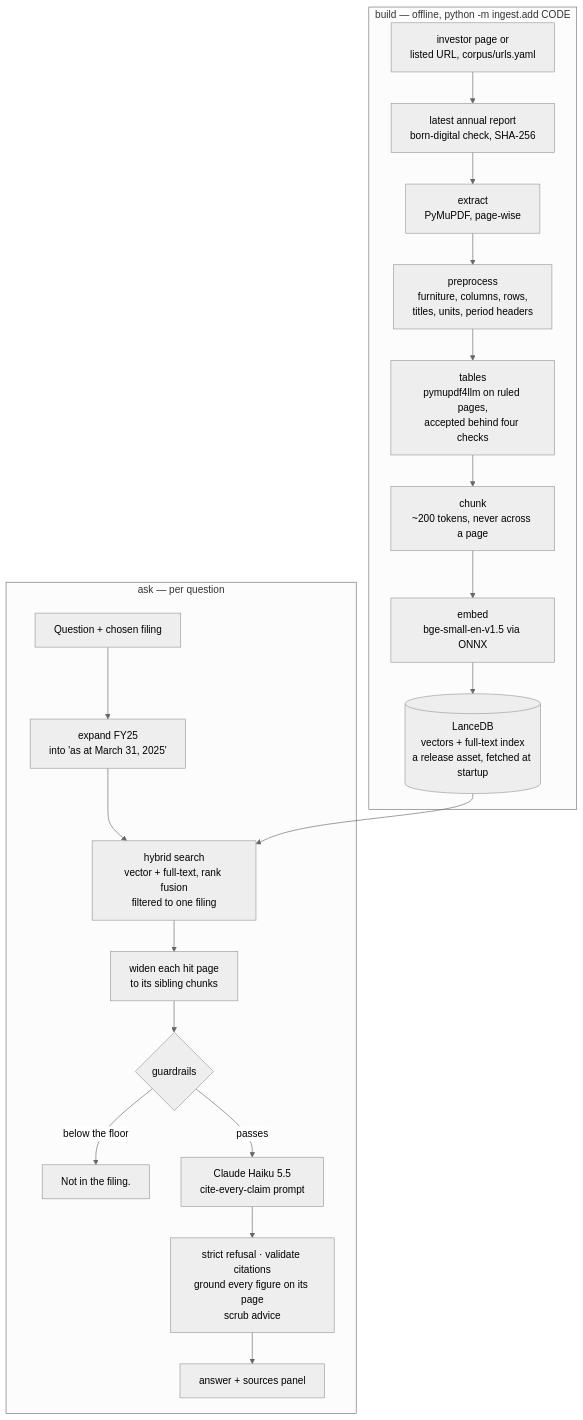
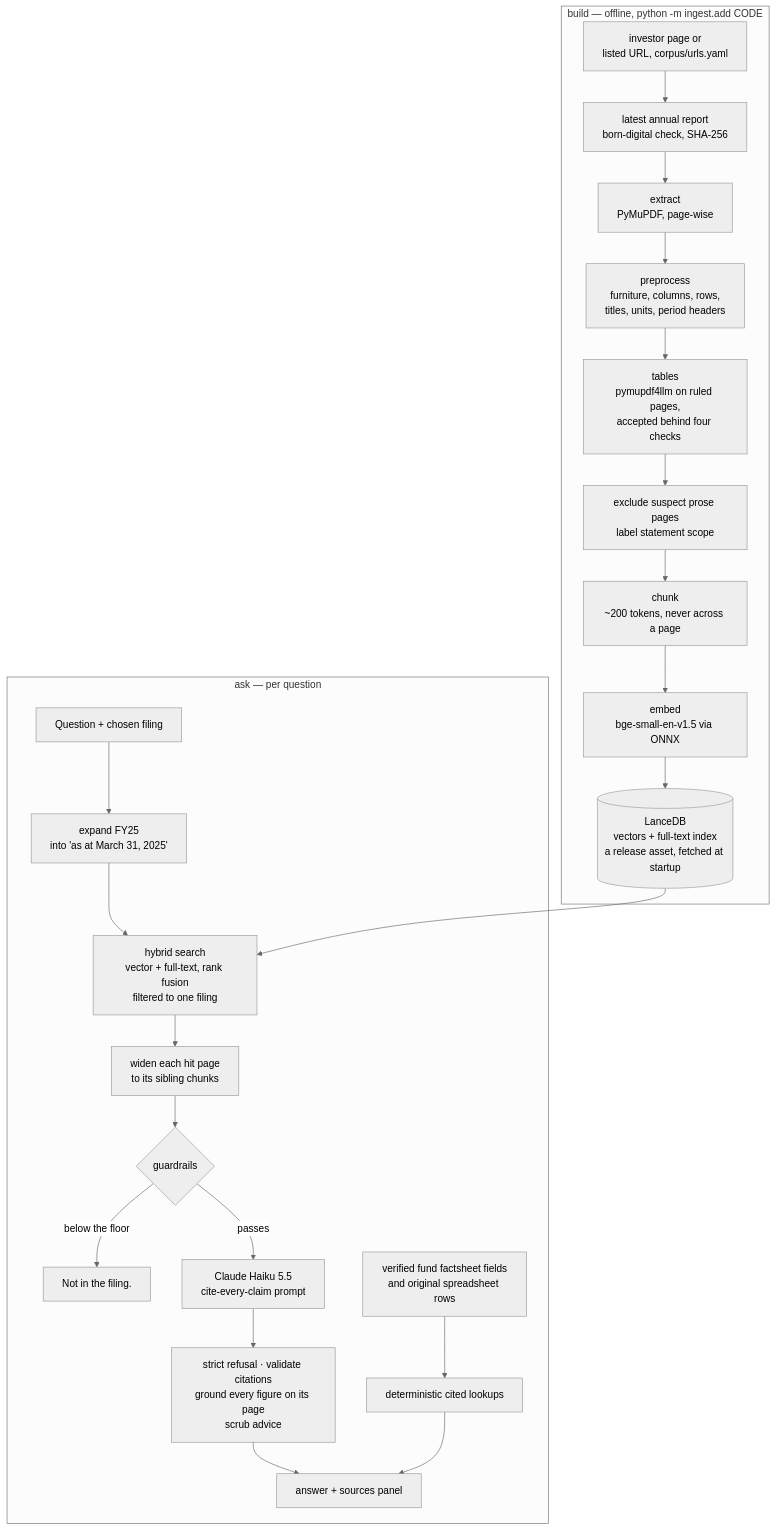
The diagram in README.md (shivank2703/folio), drawn with Mermaid (neutral theme) before and after one commit. The commit also changed other lines of this file and 45 other files, not shown here.

Commit message:
Add cited fund disclosures and top-ten annual-report drill-down

````diff
--- a/README.md
+++ b/README.md
@@ -33,23 +39,26 @@
 ```mermaid
 flowchart TB
     subgraph build["build — offline, python -m ingest.add CODE"]
         SRC[investor page or<br/>listed URL, corpus/urls.yaml] --> PDF[latest annual report<br/>born-digital check, SHA-256]
         PDF --> EX[extract<br/>PyMuPDF, page-wise]
         EX --> PRE[preprocess<br/>furniture, columns, rows,<br/>titles, units, period headers]
         PRE --> TB[tables<br/>pymupdf4llm on ruled pages,<br/>accepted behind four checks]
-        TB --> CH[chunk<br/>~200 tokens, never across a page]
+        TB --> QA[exclude suspect prose pages<br/>label statement scope]
+        QA --> CH[chunk<br/>~200 tokens, never across a page]
         CH --> EM[embed<br/>bge-small-en-v1.5 via ONNX]
         EM --> DB[(LanceDB<br/>vectors + full-text index<br/>a release asset, fetched at startup)]
     end
     subgraph ask["ask — per question"]
         Q[Question + chosen filing] --> FY[expand FY25<br/>into 'as at March 31, 2025']
         FY --> HY[hybrid search<br/>vector + full-text, rank fusion<br/>filtered to one filing]
         DB --> HY
         HY --> PX[widen each hit page<br/>to its sibling chunks]
         PX --> G{guardrails}
         G -->|below the floor| R[Not in the filing.]
         G -->|passes| GEN[Claude Haiku 5.5<br/>cite-every-claim prompt]
         GEN --> V[strict refusal · validate citations<br/>ground every figure on its page<br/>scrub advice]
         V --> UI[answer + sources panel]
+        FS[verified fund factsheet fields<br/>and original spreadsheet rows] --> LOOKUP[deterministic cited lookups]
+        LOOKUP --> UI
     end
 ```
````
